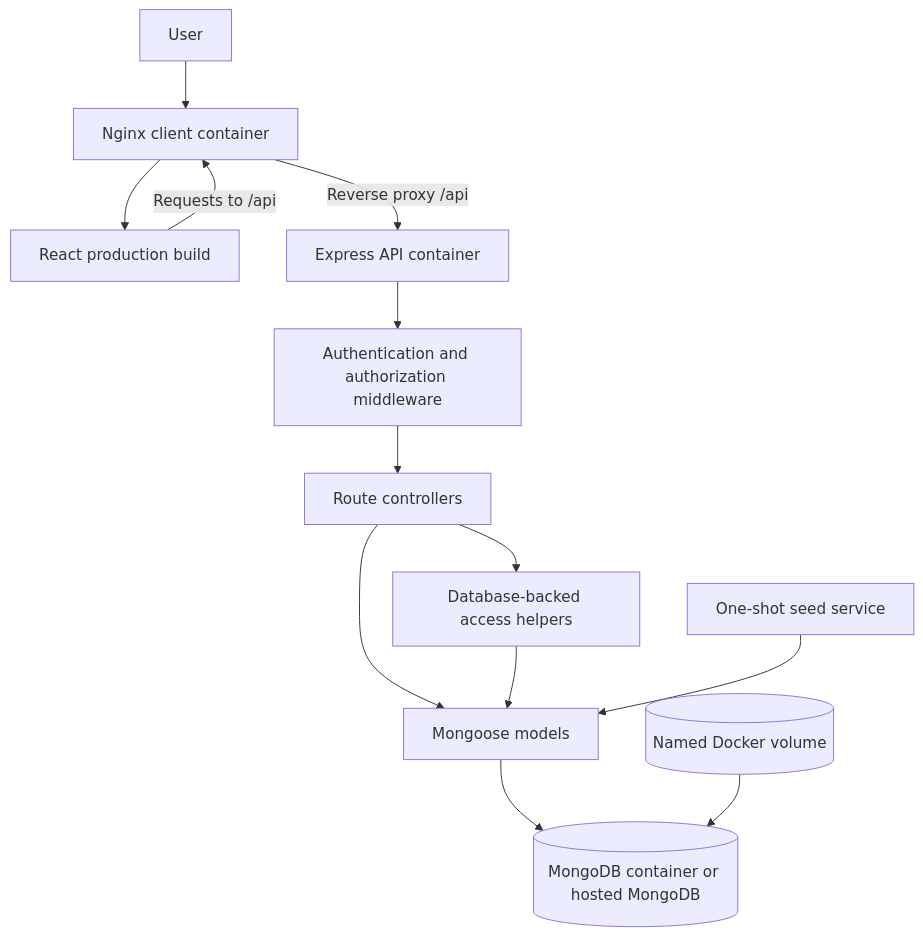
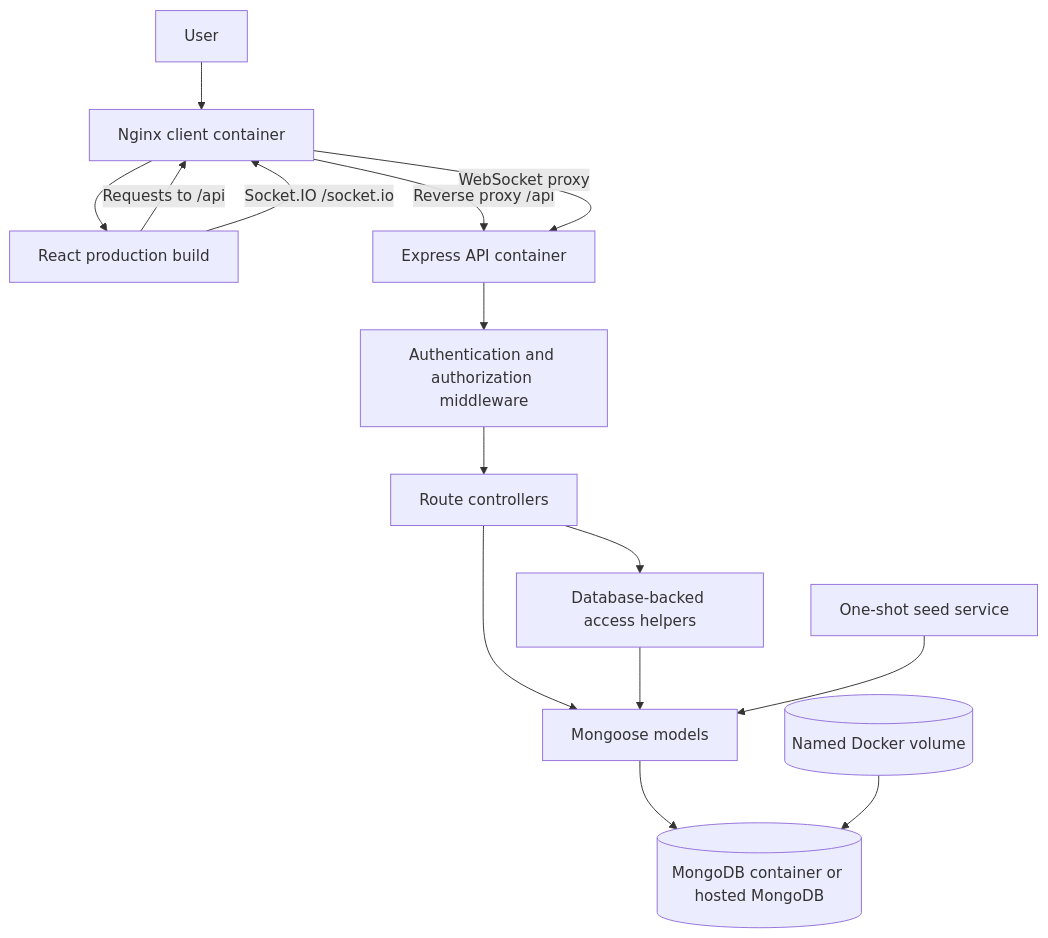
Before and after one commit to SanukaWaravita/collaboard_2: the diagram in README.md, drawn with Mermaid. The commit also changed other lines of this file and 23 other files, not shown here.

````diff
--- a/README.md
+++ b/README.md
@@ -820,15 +821,17 @@
 ```mermaid
 flowchart TD
     User[User] --> Nginx[Nginx client container]
     Nginx --> Client[React production build]
     Client -->|Requests to /api| Nginx
     Nginx -->|Reverse proxy /api| API[Express API container]
+    Client -->|Socket.IO /socket.io| Nginx
+    Nginx -->|WebSocket proxy| API
     API --> Middleware[Authentication and authorization middleware]
     Middleware --> Controllers[Route controllers]
     Controllers --> Access[Database-backed access helpers]
     Controllers --> Models[Mongoose models]
     Access --> Models
     Models --> MongoDB[(MongoDB container or hosted MongoDB)]
     Seed[One-shot seed service] --> Models
     Volume[(Named Docker volume)] --> MongoDB
 ```
````
